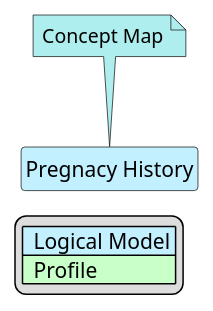
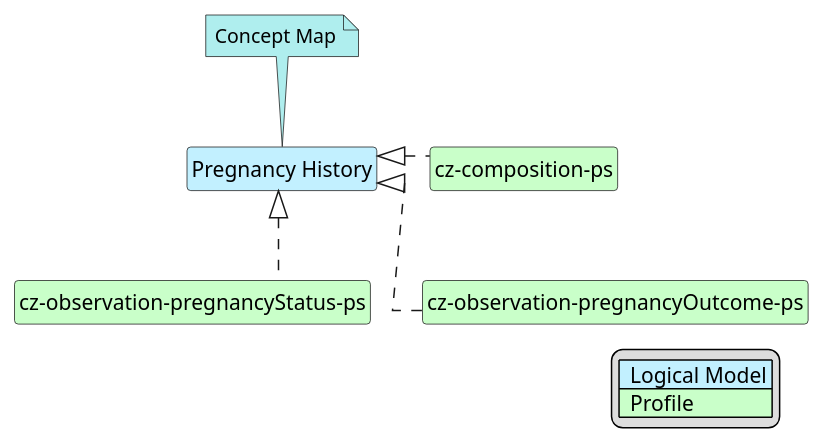
One commit to HL7-cz/ps changed the diagram in input/images-source/PS_PregnancyHistory-map.plantuml. Above: the diagram before and after it, drawn with PlantUML. The commit also changed 1 other file, not shown here.

Commit message:
add pregnancy and results map

```diff
--- a/input/images-source/PS_PregnancyHistory-map.plantuml
+++ b/input/images-source/PS_PregnancyHistory-map.plantuml
@@ -1,27 +1,31 @@
 @startuml PS_PregnancyHistory-map
 hide circle
 hide stereotype
 hide members
 hide methods
 skinparam linetype ortho
 skinparam class {
 BackgroundColor<<LogicalModel>> #APPLICATION
 BackgroundColor<<Profile>> #TECHNOLOGY
 }
 legend right
 | <#APPLICATION>  Logical Model |
 | <#TECHNOLOGY>  Profile |
 endlegend
-class "Pregnacy History" <<LogicalModel>> [[StructureDefinition-LogPregnancyHistoryCz.html]]
-note top #PaleTurquoise [[ConceptMap-pregnacyHistory2FHIR-cz-ps.html]]
+class "Pregnancy History" <<LogicalModel>> [[StructureDefinition-LogPregnancyHistoryCzEn.html]]
+note top #PaleTurquoise [[ConceptMap-pregnancyHistory2FHIR-cz-ps.html]]
 Concept Map
 endnote
 ' --- Profiles mapping Alerts ---
-
-
+class "cz-composition-ps" <<Profile>> [[StructureDefinition-cz-composition-ps.html]]
+class "cz-observation-pregnancyStatus-ps" <<Profile>> [[StructureDefinition-cz-observation-pregnancyStatus-ps.html]]
+class "cz-observation-pregnancyOutcome-ps" <<Profile>> [[StructureDefinition-cz-observation-pregnancyOutcome-ps.html]]
 ' --- Realization links ---
-
-
+"Pregnancy History" <|. "cz-composition-ps"
+"Pregnancy History" <|. "cz-observation-pregnancyStatus-ps"
+"Pregnancy History" <|. "cz-observation-pregnancyOutcome-ps"
 ' ' (volitelné – skryté vazby jen pro rozložení v diagramu)
-
+"Pregnancy History" -d[hidden]-> "cz-composition-ps"
+"cz-composition-ps" -d[hidden]-> "cz-observation-pregnancyStatus-ps"
+"cz-composition-ps" -d[hidden]-> "cz-observation-pregnancyOutcome-ps"
 @enduml
```
